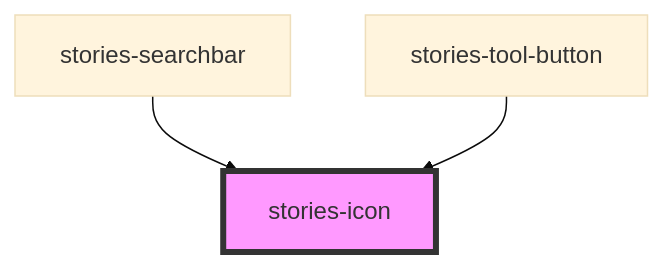
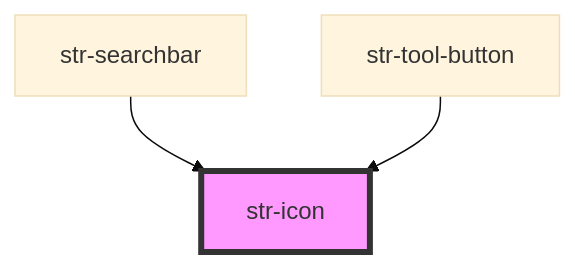
Before and after one commit to storiesjs/stories: the diagram in packages/core/src/components/icon/readme.md, drawn with Mermaid (base theme). The commit also changed other lines of this file and 221 other files, not shown here.

Commit message:
Stories prefix rename to str

````diff
--- a/packages/core/src/components/icon/readme.md
+++ b/packages/core/src/components/icon/readme.md
@@ -23,6 +23,6 @@
 ```mermaid
 graph TD;
-  stories-searchbar --> stories-icon
-  stories-tool-button --> stories-icon
-  style stories-icon fill:#f9f,stroke:#333,stroke-width:4px
+  str-searchbar --> str-icon
+  str-tool-button --> str-icon
+  style str-icon fill:#f9f,stroke:#333,stroke-width:4px
 ```
````
